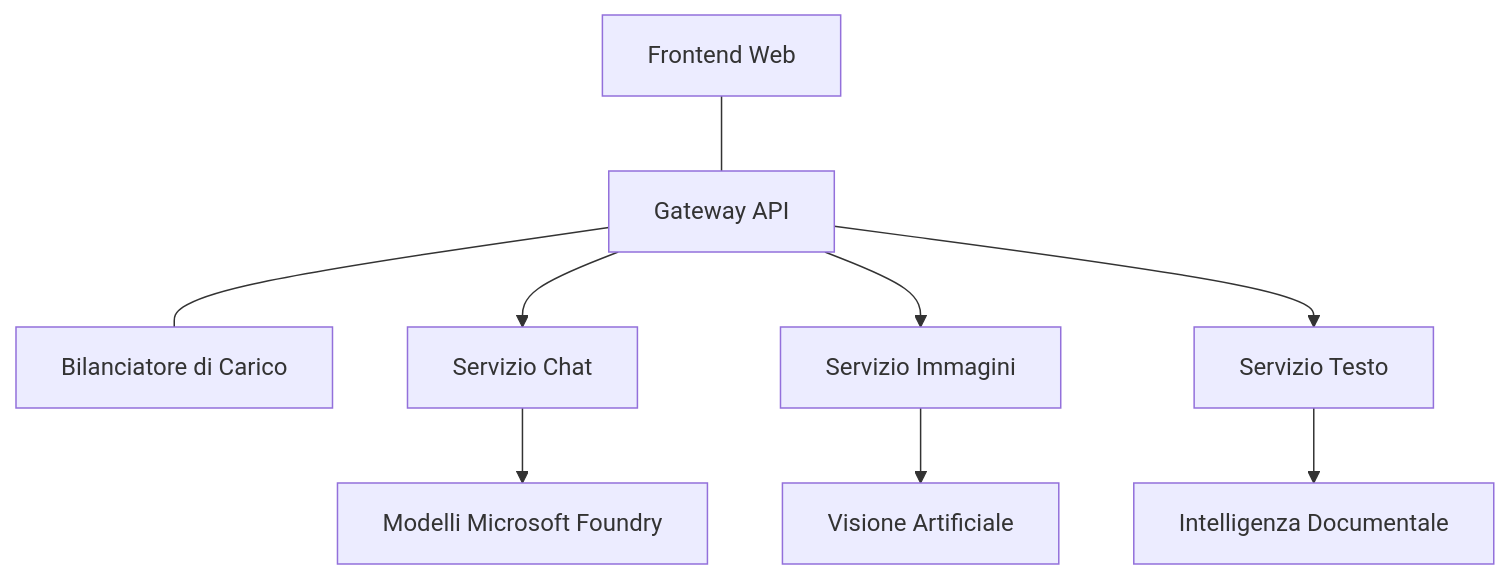
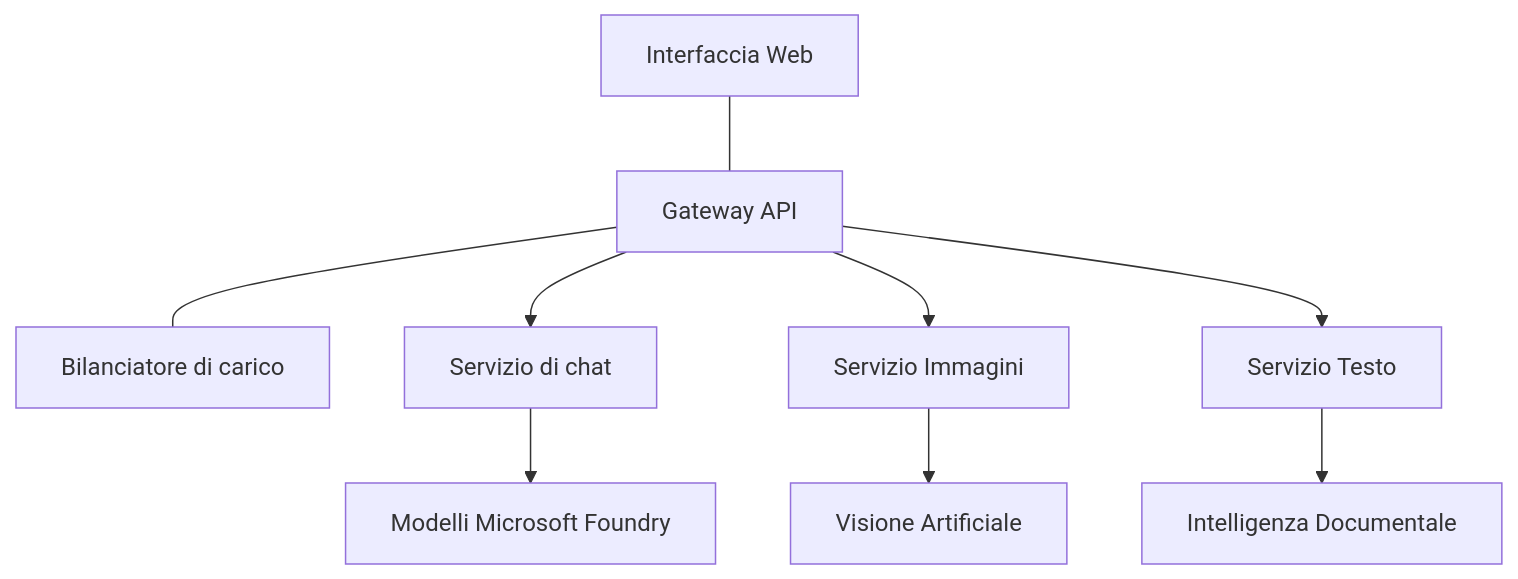
Before and after one commit to microsoft/AZD-for-beginners: the diagram in translations/it/docs/chapter-08-production/production-ai-practices.md, drawn with Mermaid. The commit also changed other lines of this file and 101 other files, not shown here.

````diff
--- a/translations/it/docs/chapter-08-production/production-ai-practices.md
+++ b/translations/it/docs/chapter-08-production/production-ai-practices.md
@@ -30,10 +30,10 @@
 ```mermaid
 graph TD
-    Frontend[Frontend Web] --- Gateway[Gateway API] --- LB[Bilanciatore di Carico]
-    Gateway --> Chat[Servizio Chat]
+    Frontend[Interfaccia Web] --- Gateway[Gateway API] --- LB[Bilanciatore di carico]
+    Gateway --> Chat[Servizio di chat]
     Gateway --> Image[Servizio Immagini]
     Gateway --> Text[Servizio Testo]
     Chat --> OpenAI[Modelli Microsoft Foundry]
     Image --> Vision[Visione Artificiale]
     Text --> DocIntel[Intelligenza Documentale]
 ```
````
